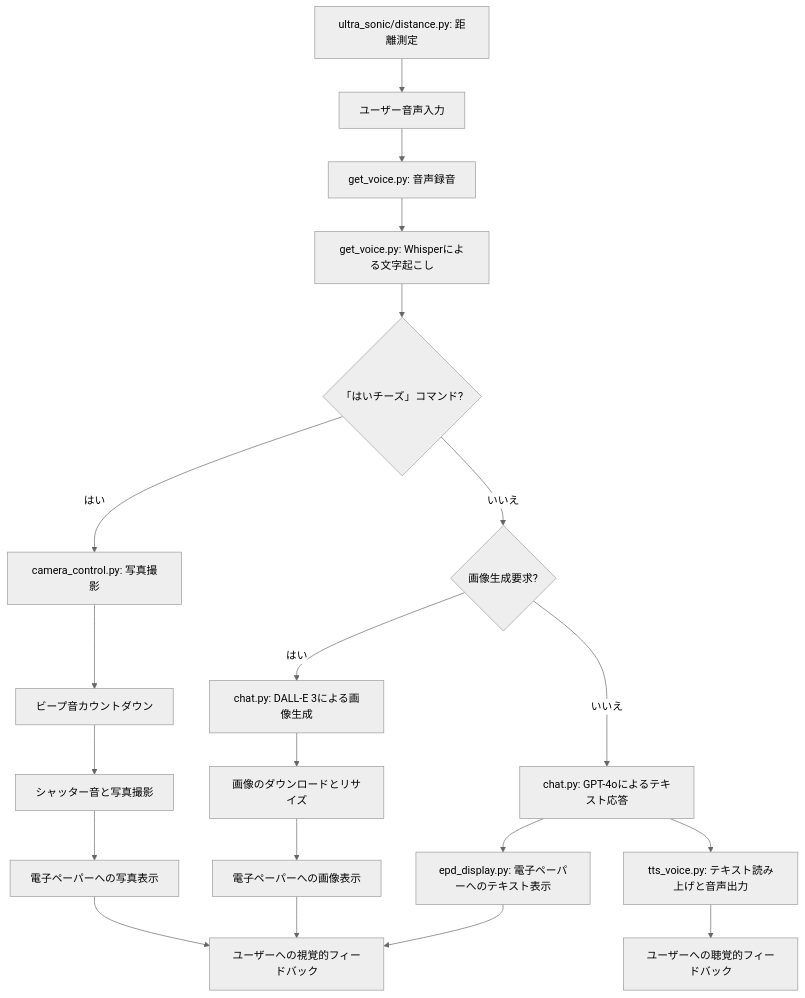
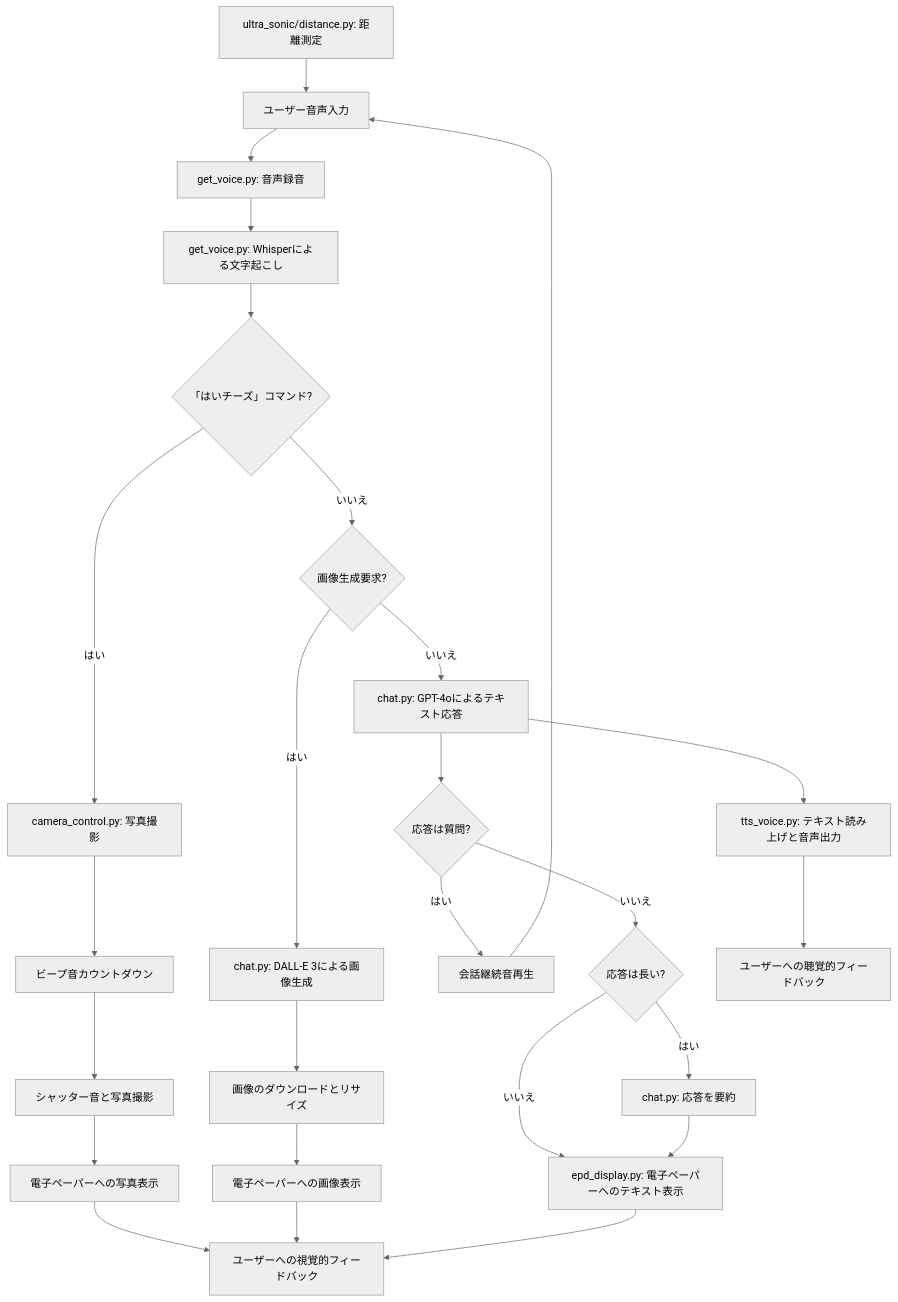
The diagram in README.md (ym-dskr/auto_speaker), drawn with Mermaid (neutral theme) before and after one commit. The commit also changed other lines of this file and 2 other files, not shown here.

````diff
--- a/README.md
+++ b/README.md
@@ -108,22 +111,28 @@
 ```mermaid
 graph TD
     A[ユーザー音声入力] --> B[get_voice.py: 音声録音]
     B --> C[get_voice.py: Whisperによる文字起こし]
     C --> D1{「はいチーズ」コマンド?}
     D1 -->|はい| E1[camera_control.py: 写真撮影]
     E1 --> F1[ビープ音カウントダウン]
     F1 --> G1[シャッター音と写真撮影]
     G1 --> H1[電子ペーパーへの写真表示]
     D1 -->|いいえ| D2{画像生成要求?}
     D2 --> |はい| E2[chat.py: DALL-E 3による画像生成]
     D2 --> |いいえ| F2[chat.py: GPT-4oによるテキスト応答]
     E2 --> G2[画像のダウンロードとリサイズ]
     G2 --> H2[電子ペーパーへの画像表示]
-    F2 --> I[epd_display.py: 電子ペーパーへのテキスト表示]
+    F2 --> Q{応答は質問?}
+    Q -- はい --> R[会話継続音再生]
+    R --> A
+    Q -- いいえ --> S{応答は長い?}
+    S -- はい --> T[chat.py: 応答を要約]
+    S -- いいえ --> I[epd_display.py: 電子ペーパーへのテキスト表示]
+    T --> I
     F2 --> J[tts_voice.py: テキスト読み上げと音声出力]
     H1 --> K[ユーザーへの視覚的フィードバック]
     H2 --> K
     I --> K
     J --> L[ユーザーへの聴覚的フィードバック]
     M[ultra_sonic/distance.py: 距離測定] --> A
 ```
````
